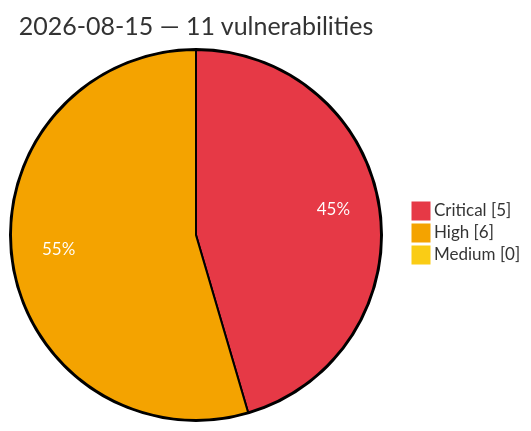
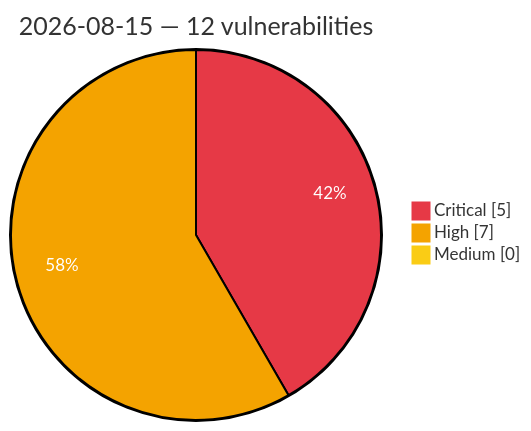
The diagram in vulnerabilities/2026/August/2026-08-15.md (GhostX0X/vuln-tracker), drawn with Mermaid before and after one commit. The commit also changed other lines of this file and 5 other files, not shown here.

````diff
--- a/vulnerabilities/2026/August/2026-08-15.md
+++ b/vulnerabilities/2026/August/2026-08-15.md
@@ -3,8 +3,8 @@
 ```mermaid
 %%{init: {'theme':'base', 'themeVariables': {'pie1':'#e63946', 'pie2':'#f4a300', 'pie3':'#facc15', 'pieOpacity':'1', 'pieOuterStrokeWidth':'2px', 'pieSectionTextColor':'#ffffff'}}}%%
 pie showData
-    title 2026-08-15 — 11 vulnerabilities
+    title 2026-08-15 — 12 vulnerabilities
     "Critical" : 5
-    "High" : 6
+    "High" : 7
     "Medium" : 0
 ```
````
